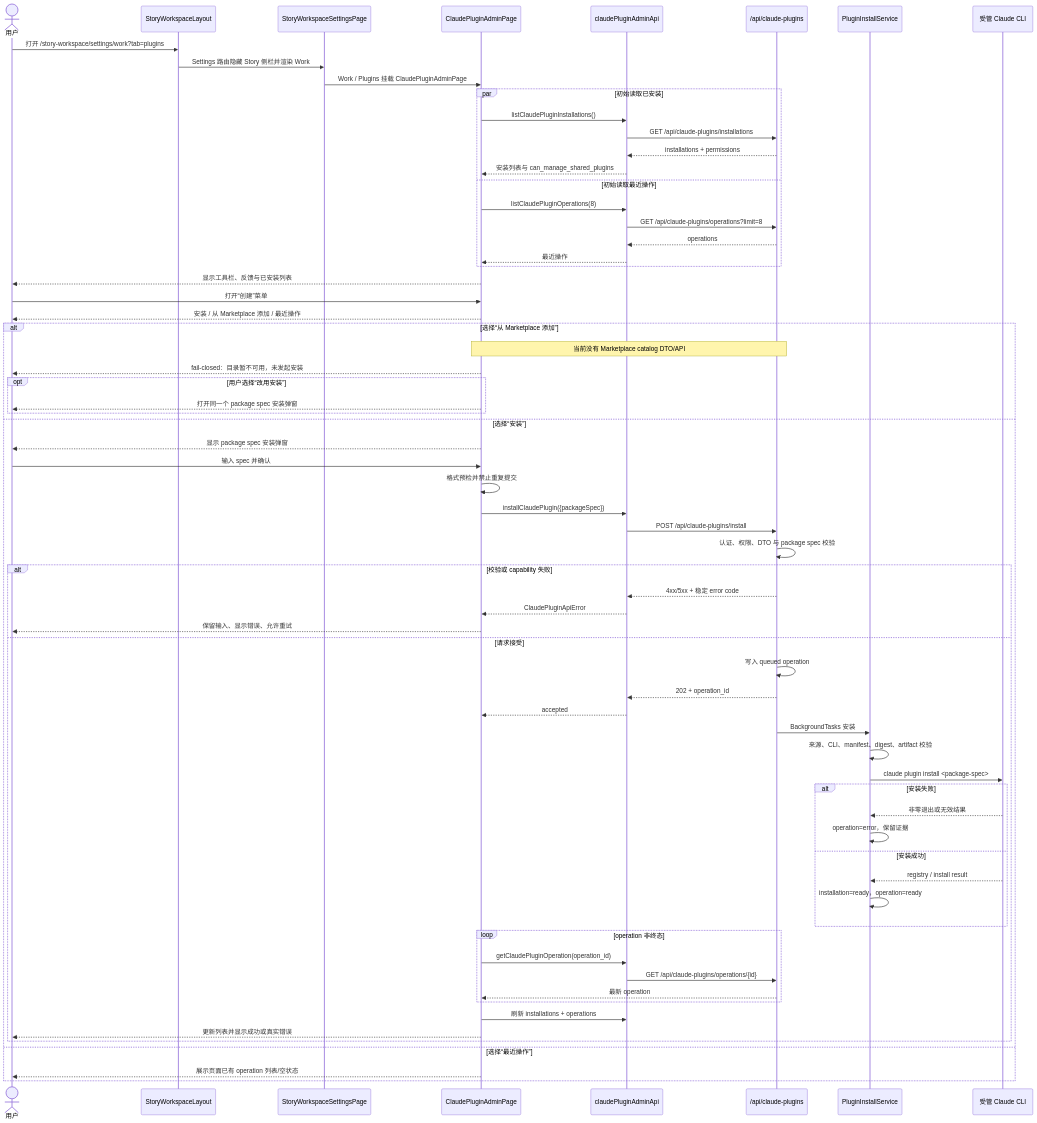
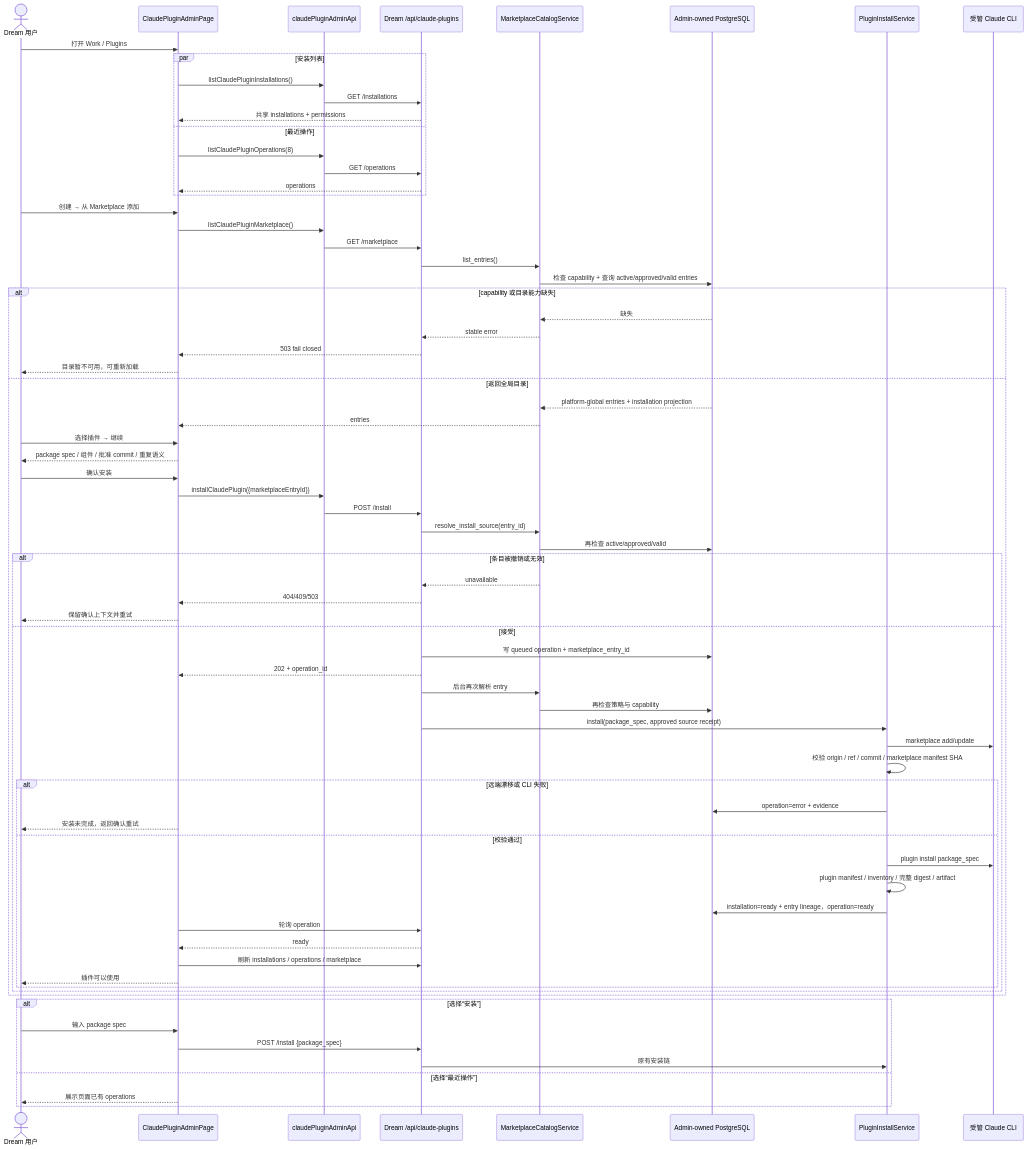
One commit to glide-the/im-dream changed the diagram in docs/design/deck-plugin/claude-plugin-marketplace-add.md. Above: the diagram before and after it, drawn with Mermaid. The commit also changed other lines of this file and 26 other files, not shown here.

Commit message:
feat: add Claude plugin marketplace installation

````diff
--- a/docs/design/deck-plugin/claude-plugin-marketplace-add.md
+++ b/docs/design/deck-plugin/claude-plugin-marketplace-add.md
@@ -205,73 +260,77 @@
 ```mermaid
 sequenceDiagram
-    actor User as 用户
-    participant Layout as StoryWorkspaceLayout
-    participant Settings as StoryWorkspaceSettingsPage
+    actor User as Dream 用户
     participant Page as ClaudePluginAdminPage
     participant Client as claudePluginAdminApi
-    participant Router as /api/claude-plugins
-    participant Service as PluginInstallService
+    participant Router as Dream /api/claude-plugins
+    participant Catalog as MarketplaceCatalogService
+    participant DB as Admin-owned PostgreSQL
+    participant Install as PluginInstallService
     participant CLI as 受管 Claude CLI
 
-    User->>Layout: 打开 /story-workspace/settings/work?tab=plugins
-    Layout->>Settings: Settings 路由隐藏 Story 侧栏并渲染 Work
-    Settings->>Page: Work / Plugins 挂载 ClaudePluginAdminPage
-    par 初始读取已安装
+    User->>Page: 打开 Work / Plugins
+    par 安装列表
         Page->>Client: listClaudePluginInstallations()
-        Client->>Router: GET /api/claude-plugins/installations
-        Router-->>Client: installations + permissions
-        Client-->>Page: 安装列表与 can_manage_shared_plugins
-    and 初始读取最近操作
+        Client->>Router: GET /installations
+        Router-->>Page: 共享 installations + permissions
+    and 最近操作
         Page->>Client: listClaudePluginOperations(8)
-        Client->>Router: GET /api/claude-plugins/operations?limit=8
-        Router-->>Client: operations
-        Client-->>Page: 最近操作
+        Client->>Router: GET /operations
+        Router-->>Page: operations
     end
-    Page-->>User: 显示工具栏、反馈与已安装列表
 
-    User->>Page: 打开“创建”菜单
-    Page-->>User: 安装 / 从 Marketplace 添加 / 最近操作
+    User->>Page: 创建 → 从 Marketplace 添加
+    Page->>Client: listClaudePluginMarketplace()
+    Client->>Router: GET /marketplace
+    Router->>Catalog: list_entries()
+    Catalog->>DB: 检查 capability + 查询 active/approved/valid entries
+    alt capability 或目录能力缺失
+        DB-->>Catalog: 缺失
+        Catalog-->>Router: stable error
+        Router-->>Page: 503 fail closed
+        Page-->>User: 目录暂不可用，可重新加载
+    else 返回全局目录
+        DB-->>Catalog: platform-global entries + installation projection
+        Catalog-->>Page: entries
+        User->>Page: 选择插件 → 继续
+        Page-->>User: package spec / 组件 / 批准 commit / 重复语义
+        User->>Page: 确认安装
+        Page->>Client: installClaudePlugin({marketplaceEntryId})
+        Client->>Router: POST /install
+        Router->>Catalog: resolve_install_source(entry_id)
+        Catalog->>DB: 再检查 active/approved/valid
+        alt 条目被撤销或无效
+            Catalog-->>Router: unavailable
+            Router-->>Page: 404/409/503
+            Page-->>User: 保留确认上下文并重试
+        else 接受
+            Router->>DB: 写 queued operation + marketplace_entry_id
+            Router-->>Page: 202 + operation_id
+            Router->>Catalog: 后台再次解析 entry
+            Catalog->>DB: 再检查策略与 capability
+            Router->>Install: install(package_spec, approved source receipt)
+            Install->>CLI: marketplace add/update
+            Install->>Install: 校验 origin / ref / commit / marketplace manifest SHA
+            alt 远端漂移或 CLI 失败
+                Install->>DB: operation=error + evidence
+                Page-->>User: 安装未完成，返回确认重试
+            else 校验通过
+                Install->>CLI: plugin install package_spec
+                Install->>Install: plugin manifest / inventory / 完整 digest / artifact
+                Install->>DB: installation=ready + entry lineage，operation=ready
+                Page->>Router: 轮询 operation
+                Router-->>Page: ready
+                Page->>Router: 刷新 installations / operations / marketplace
+                Page-->>User: 插件可以使用
+            end
+        end
+    end
 
-    alt 选择“从 Marketplace 添加”
-        Note over Page,Router: 当前没有 Marketplace catalog DTO/API
-        Page-->>User: fail-closed：目录暂不可用，未发起安装
-        opt 用户选择“改用安装”
-            Page-->>User: 打开同一个 package spec 安装弹窗
-        end
-    else 选择“安装”
-        Page-->>User: 显示 package spec 安装弹窗
-        User->>Page: 输入 spec 并确认
-        Page->>Page: 格式预检并禁止重复提交
-        Page->>Client: installClaudePlugin({packageSpec})
-        Client->>Router: POST /api/claude-plugins/install
-        Router->>Router: 认证、权限、DTO 与 package spec 校验
-        alt 校验或 capability 失败
-            Router-->>Client: 4xx/5xx + 稳定 error code
-            Client-->>Page: ClaudePluginApiError
-            Page-->>User: 保留输入、显示错误、允许重试
-        else 请求接受
-            Router->>Router: 写入 queued operation
-            Router-->>Client: 202 + operation_id
-            Client-->>Page: accepted
-            Router->>Service: BackgroundTasks 安装
-            Service->>Service: 来源、CLI、manifest、digest、artifact 校验
-            Service->>CLI: claude plugin install <package-spec>
-            alt 安装失败
-                CLI-->>Service: 非零退出或无效结果
-                Service->>Service: operation=error，保留证据
-            else 安装成功
-                CLI-->>Service: registry / install result
-                Service->>Service: installation=ready，operation=ready
-            end
-            loop operation 非终态
-                Page->>Client: getClaudePluginOperation(operation_id)
-                Client->>Router: GET /api/claude-plugins/operations/{id}
-                Router-->>Page: 最新 operation
-            end
-            Page->>Client: 刷新 installations + operations
-            Page-->>User: 更新列表并显示成功或真实错误
-        end
+    alt 选择“安装”
+        User->>Page: 输入 package spec
+        Page->>Router: POST /install {package_spec}
+        Router->>Install: 原有安装链
     else 选择“最近操作”
-        Page-->>User: 展示页面已有 operation 列表/空状态
+        Page-->>User: 展示页面已有 operations
     end
 ```
````
